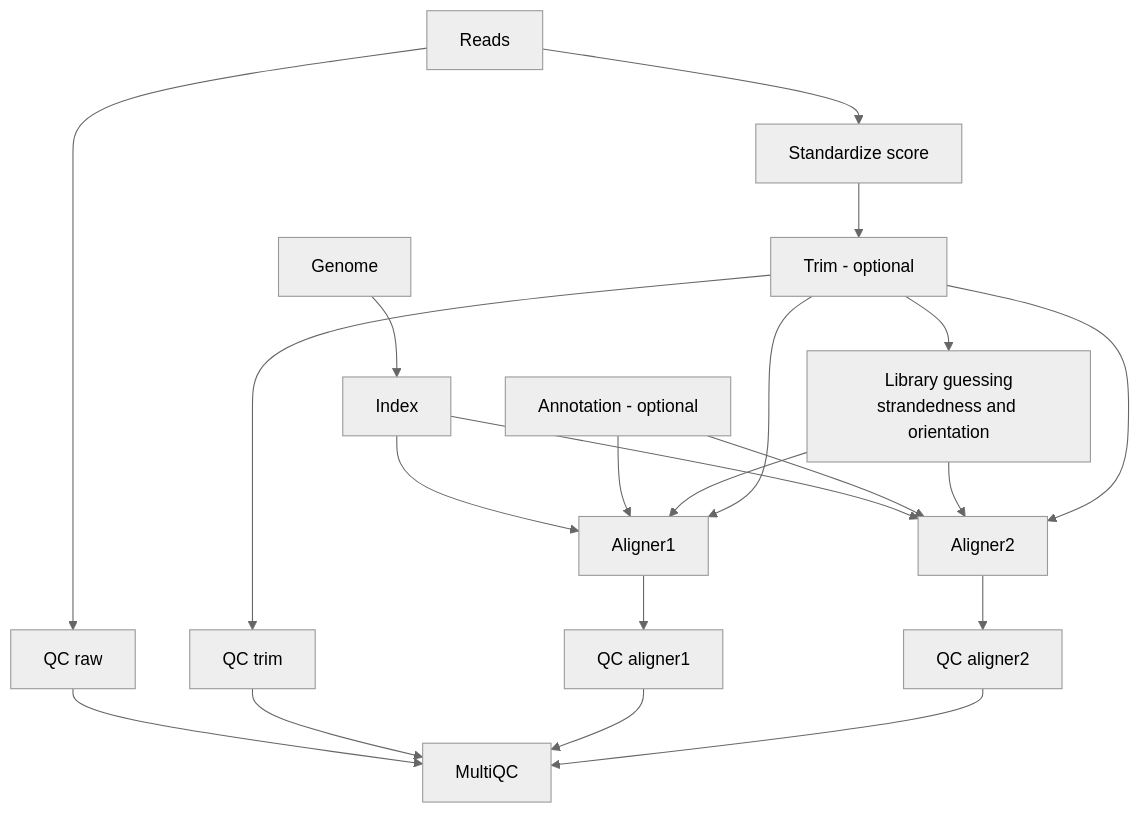
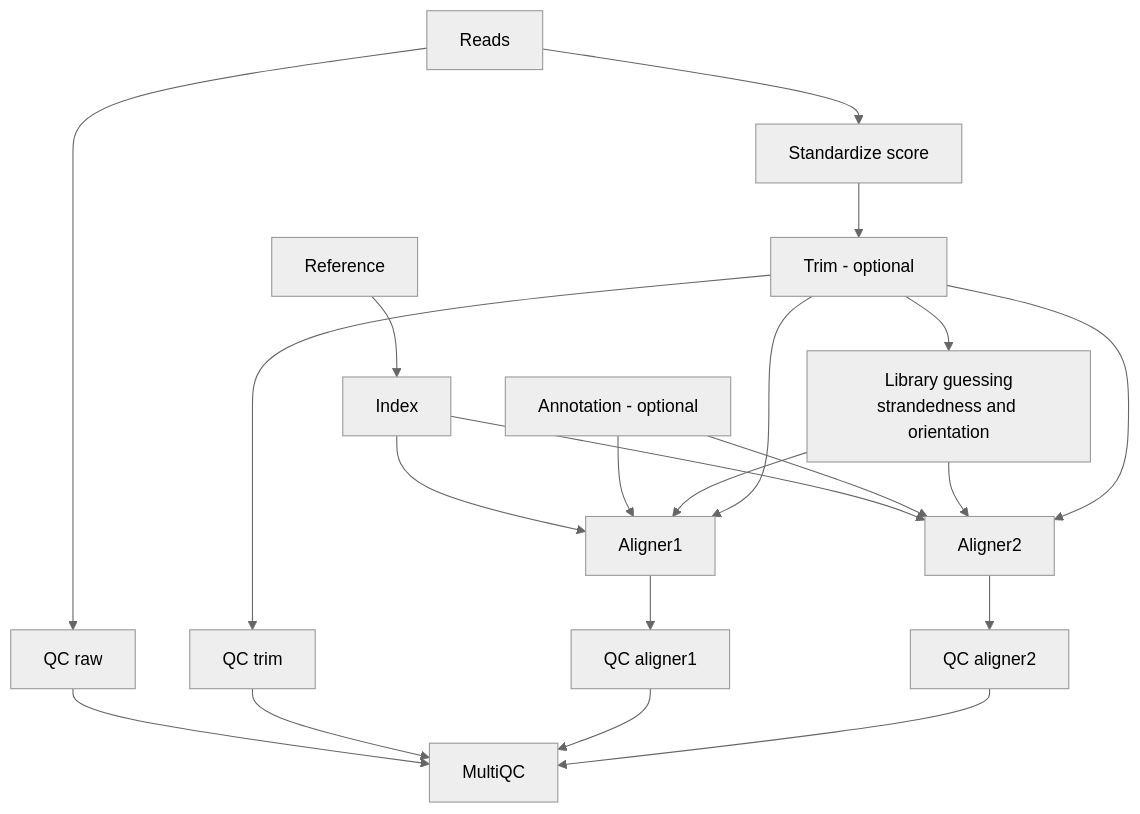
One commit to Juke34/AliNe changed the diagram in README.md. Above: the diagram before and after it, drawn with Mermaid. The commit also changed other lines of this file and 6 other files, not shown here.

Commit message:
refer to reference instead of genome

````diff
--- a/README.md
+++ b/README.md
@@ -147,27 +147,27 @@
 ```mermaid
 ---
 config:
   theme: neutral
 ---
   graph TD;
-      Genome-->Index;
+      Reference-->Index;
       Index-->Aligner1;
       Index-->Aligner2;
       Annotation[Annotation - optional]--> Aligner1;
       Annotation--> Aligner2;
       Reads --> QCraw[QC raw];
       Reads --> StandardizeScore[Standardize score] 
       StandardizeScore --> Trim;
       Trim[Trim - optional] --> LibraryGuessing[Library guessing<br>strandedness and orientation];
       Trim --> QCtrim;
       LibraryGuessing --> Aligner1;
       LibraryGuessing --> Aligner2;
       Trim --> Aligner1;
       Aligner1 --> QCaligner1[QC aligner1];
       Trim --> Aligner2;
       Aligner2 --> QCaligner2[QC aligner2];
       QCraw[QC raw] --> MultiQC;
       QCtrim[QC trim] --> MultiQC;
       QCaligner1 --> MultiQC;
       QCaligner2 --> MultiQC;
 ```
````
